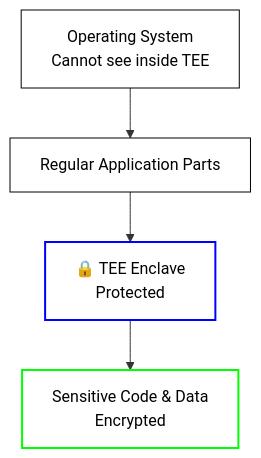
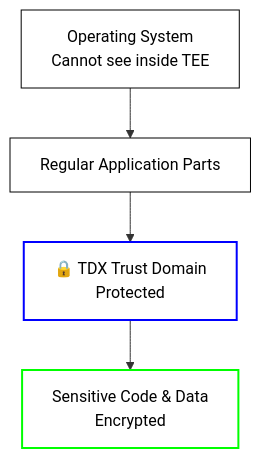
Before and after one commit to iExecBlockchainComputing/documentation: the second of 2 diagrams in src/protocol/tee/introduction.md, drawn with Mermaid. The commit also changed other lines of this file and 36 other files, not shown here.

````diff
--- a/src/protocol/tee/introduction.md
+++ b/src/protocol/tee/introduction.md
@@ -66,14 +66,14 @@
 ```mermaid
 graph TB
     OS2[Operating System<br/>Cannot see inside TEE]
     App2[Regular Application Parts]
-    TEE[🔒 TEE Enclave<br/>Protected]
+    TEE[🔒 TDX Trust Domain<br/>Protected]
     Data2[Sensitive Code & Data<br/>Encrypted]
     OS2 --> App2
     App2 --> TEE
     TEE --> Data2
     style TEE fill:#ffffff,stroke:#0000ff,stroke-width:2px,color:#000000
     style Data2 fill:#ffffff,stroke:#00ff00,stroke-width:2px,color:#000000
     style OS2 fill:#ffffff,stroke:#000000,stroke-width:1px,color:#000000
     style App2 fill:#ffffff,stroke:#000000,stroke-width:1px,color:#000000
 ```
````
